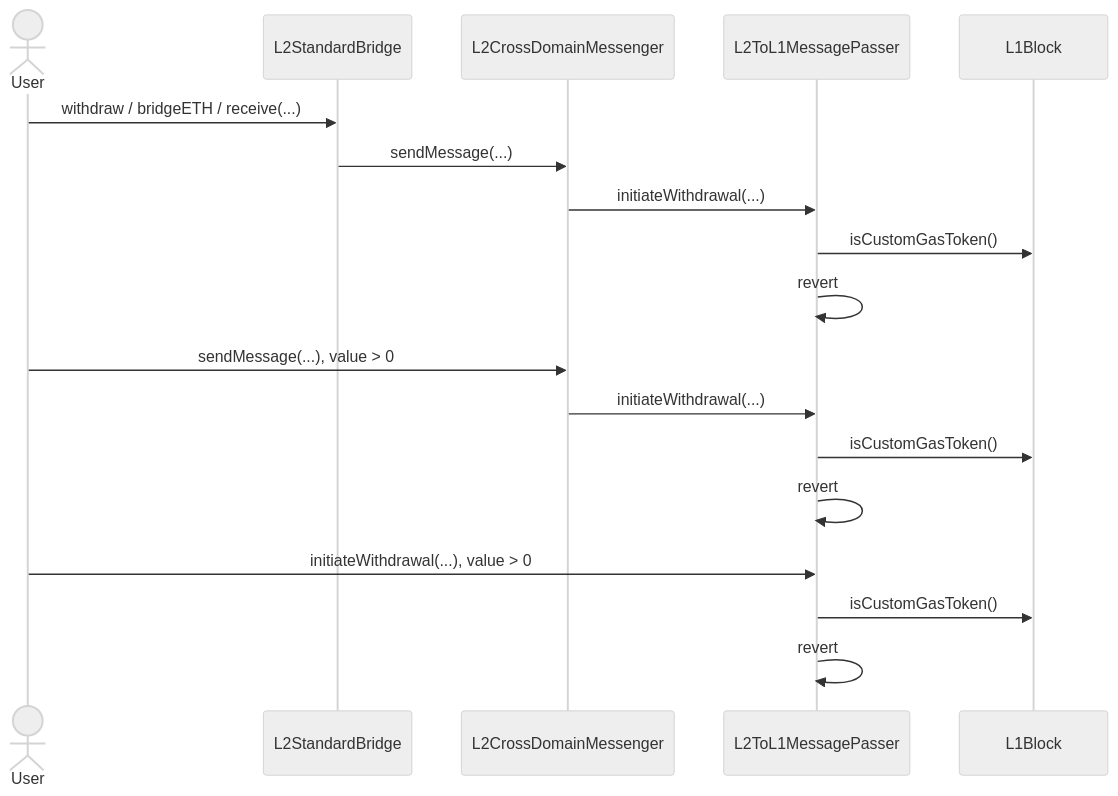
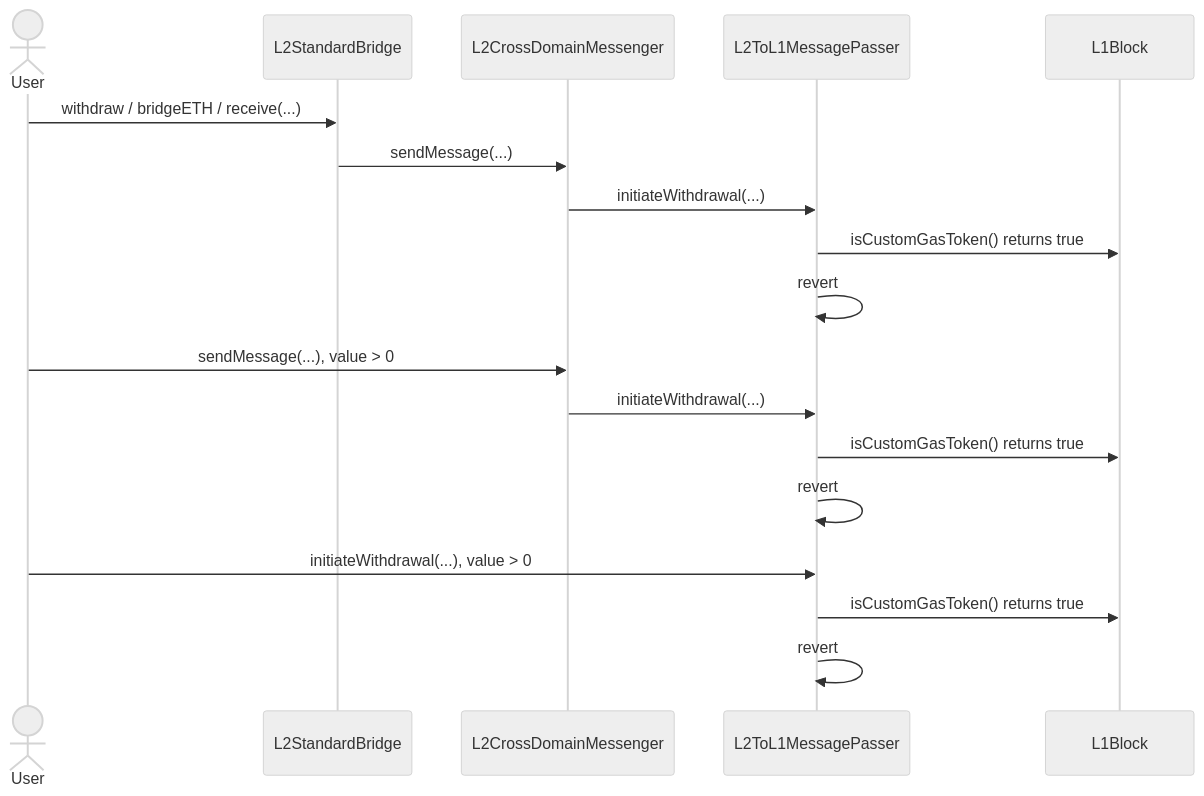
Before and after one commit to ethereum-optimism/design-docs: the fifth of 7 diagrams in protocol/custom-gas-token.md, drawn with Mermaid (neutral theme).

Commit message:
docs: improve sequence diagram

````diff
--- a/protocol/custom-gas-token.md
+++ b/protocol/custom-gas-token.md
@@ -364,24 +364,24 @@
 ```mermaid
 sequenceDiagram
     actor U as User
     participant SB as L2StandardBridge
     participant XDM as L2CrossDomainMessenger
     participant OP as L2ToL1MessagePasser
     participant SC as L1Block
     
     U->>SB: withdraw / bridgeETH / receive(...)
     SB->>XDM: sendMessage(...)
     XDM->>OP: initiateWithdrawal(...)
-    OP->>SC: isCustomGasToken()
+    OP->>SC: isCustomGasToken() returns true
     OP->>OP: revert
 
     U->>XDM: sendMessage(...), value > 0
     XDM->>OP: initiateWithdrawal(...)
-    OP->>SC: isCustomGasToken()
+    OP->>SC: isCustomGasToken() returns true
     OP->>OP: revert
 
     U->>OP: initiateWithdrawal(...), value > 0
-    OP->>SC: isCustomGasToken()
+    OP->>SC: isCustomGasToken() returns true
     OP->>OP: revert
 
 ```
````
